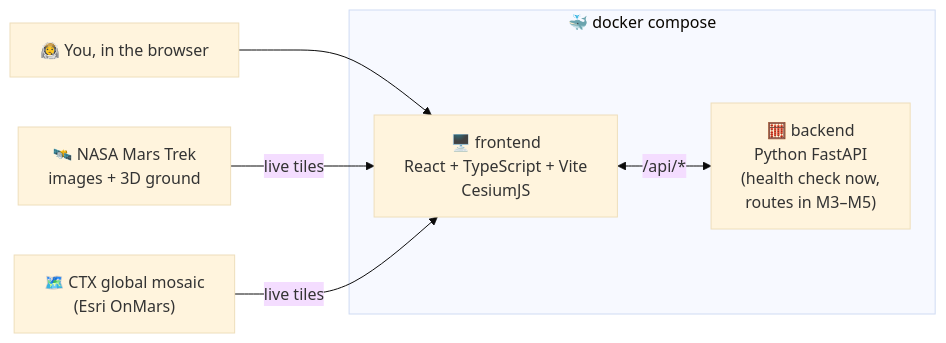
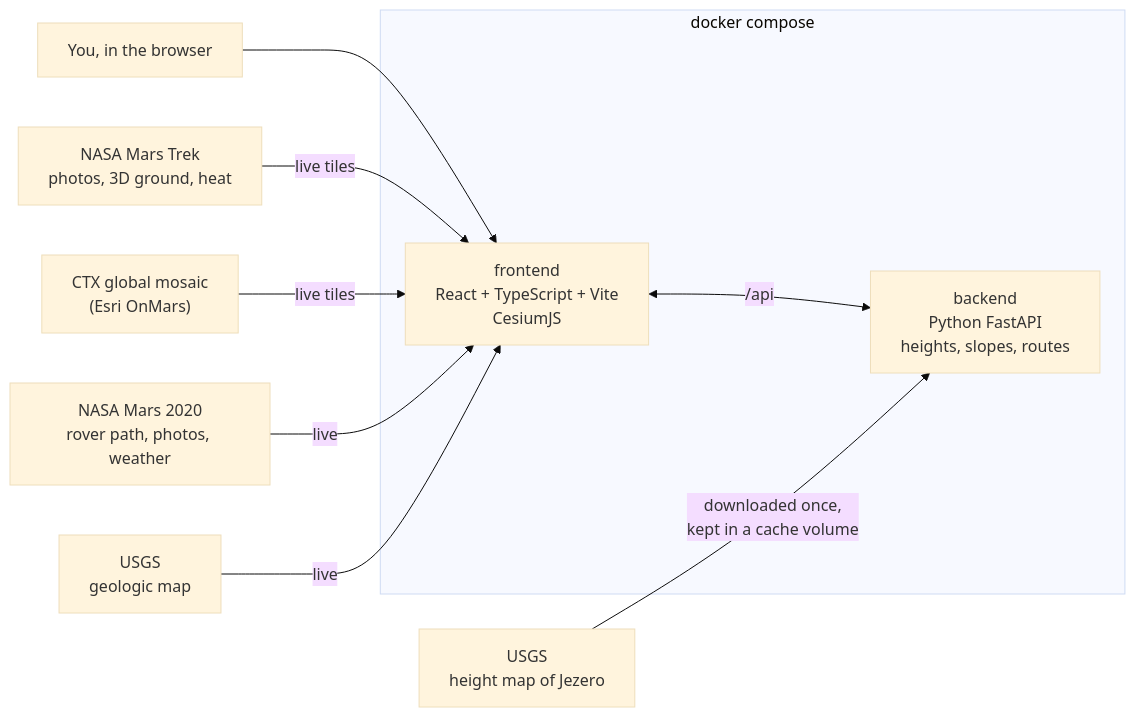
The diagram in README.md (Abodawoud/Nasa-Challenge-Martian-Map), drawn with Mermaid (base theme) before and after one commit. The commit also changed other lines of this file, not shown here.

````diff
--- a/README.md
+++ b/README.md
@@ -109,14 +131,20 @@
 ```mermaid
 flowchart LR
-    U["👩‍🚀 You, in the browser"]
-    subgraph DOCKER["🐳 docker compose"]
-        FE["🖥️ frontend<br/>React + TypeScript + Vite<br/>CesiumJS"]
-        BE["🧮 backend<br/>Python FastAPI<br/>(health check now,<br/>routes in M3–M5)"]
+    U["You, in the browser"]
+    subgraph DOCKER["docker compose"]
+        FE["frontend<br/>React + TypeScript + Vite<br/>CesiumJS"]
+        BE["backend<br/>Python FastAPI<br/>heights, slopes, routes"]
     end
-    TREK["🛰️ NASA Mars Trek<br/>images + 3D ground"]
-    ESRI["🗺️ CTX global mosaic<br/>(Esri OnMars)"]
+    TREK["NASA Mars Trek<br/>photos, 3D ground, heat"]
+    ESRI["CTX global mosaic<br/>(Esri OnMars)"]
+    M20["NASA Mars 2020<br/>rover path, photos, weather"]
+    USGSF["USGS<br/>geologic map"]
+    USGSD["USGS<br/>height map of Jezero"]
     U --> FE
-    TREK -->|"live tiles"| FE
-    ESRI -->|"live tiles"| FE
-    FE <-->|"/api/*"| BE
+    TREK -->|live tiles| FE
+    ESRI -->|live tiles| FE
+    M20 -->|live| FE
+    USGSF -->|live| FE
+    FE <-->|/api| BE
+    USGSD -->|downloaded once,<br/>kept in a cache volume| BE
 ```
````
